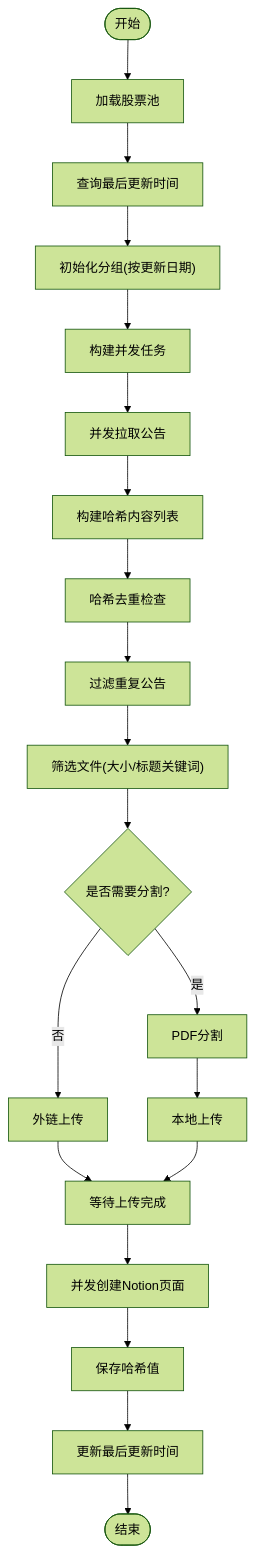
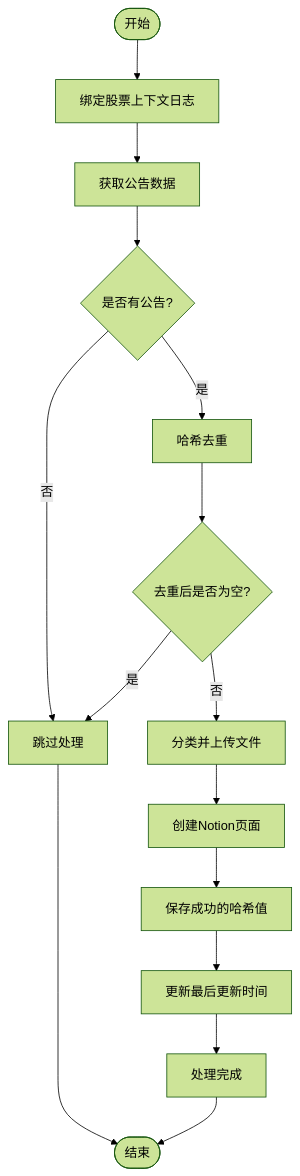
The third of 8 diagrams in .qoder/repowiki/zh/content/核心模块详解/公告数据处理模块/公告数据处理模块.md (iverwong/DataLife), drawn with Mermaid (forest theme) before and after one commit. The commit also changed other lines of this file and 14 other files, not shown here.

````diff
--- a/.qoder/repowiki/zh/content/核心模块详解/公告数据处理模块/公告数据处理模块.md
+++ b/.qoder/repowiki/zh/content/核心模块详解/公告数据处理模块/公告数据处理模块.md
@@ -163,22 +187,17 @@
 ```mermaid
 flowchart TD
-Start(["开始"]) --> LoadStocks["加载股票池"]
-LoadStocks --> GetTimes["查询最后更新时间"]
-GetTimes --> InitGroup["初始化分组(按更新日期)"]
-InitGroup --> BuildTasks["构建并发任务"]
-BuildTasks --> FetchAnn["并发拉取公告"]
-FetchAnn --> BuildHash["构建哈希内容列表"]
-BuildHash --> CheckHash["哈希去重检查"]
-CheckHash --> FilterDup["过滤重复公告"]
-FilterDup --> FilterFiles["筛选文件(大小/标题关键词)"]
-FilterFiles --> SplitPDF{"是否需要分割?"}
-SplitPDF --> |否| UploadExt["外链上传"]
-SplitPDF --> |是| DoSplit["PDF分割"]
-DoSplit --> UploadInt["本地上传"]
-UploadExt --> WaitUpload["等待上传完成"]
-UploadInt --> WaitUpload
-WaitUpload --> CreatePages["并发创建Notion页面"]
-CreatePages --> SaveHash["保存哈希值"]
+Start(["开始"]) --> BindContext["绑定股票上下文日志"]
+BindContext --> FetchData["获取公告数据"]
+FetchData --> CheckEmpty{"是否有公告?"}
+CheckEmpty --> |否| SkipProcess["跳过处理"]
+CheckEmpty --> |是| Deduplicate["哈希去重"]
+Deduplicate --> CheckDupEmpty{"去重后是否为空?"}
+CheckDupEmpty --> |是| SkipProcess
+CheckDupEmpty --> |否| UploadFiles["分类并上传文件"]
+UploadFiles --> CreatePages["创建Notion页面"]
+CreatePages --> SaveHash["保存成功的哈希值"]
 SaveHash --> UpdateTimes["更新最后更新时间"]
-UpdateTimes --> End(["结束"])
+UpdateTimes --> Success["处理完成"]
+SkipProcess --> End(["结束"])
+Success --> End
 ```
````
